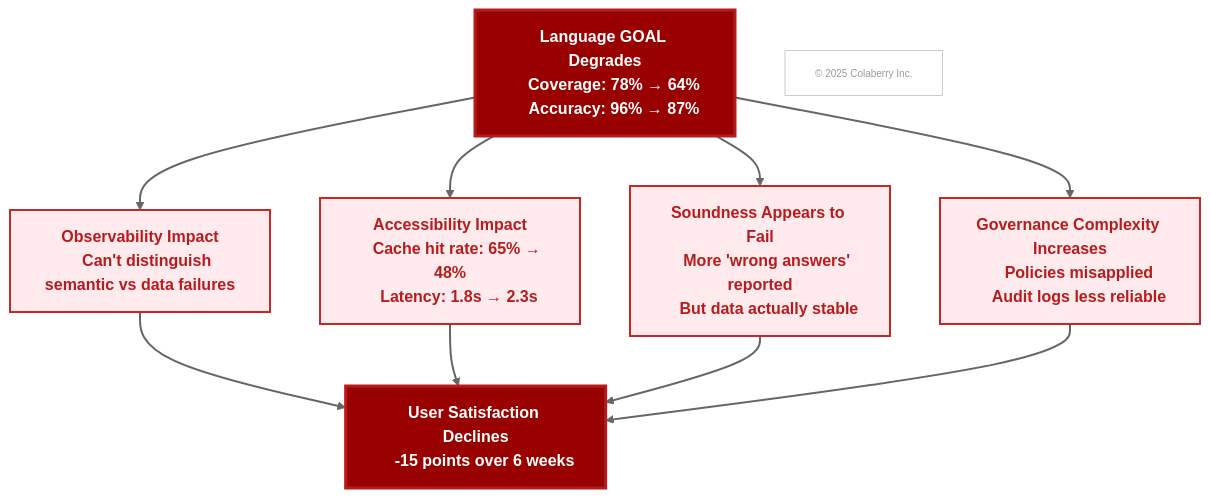
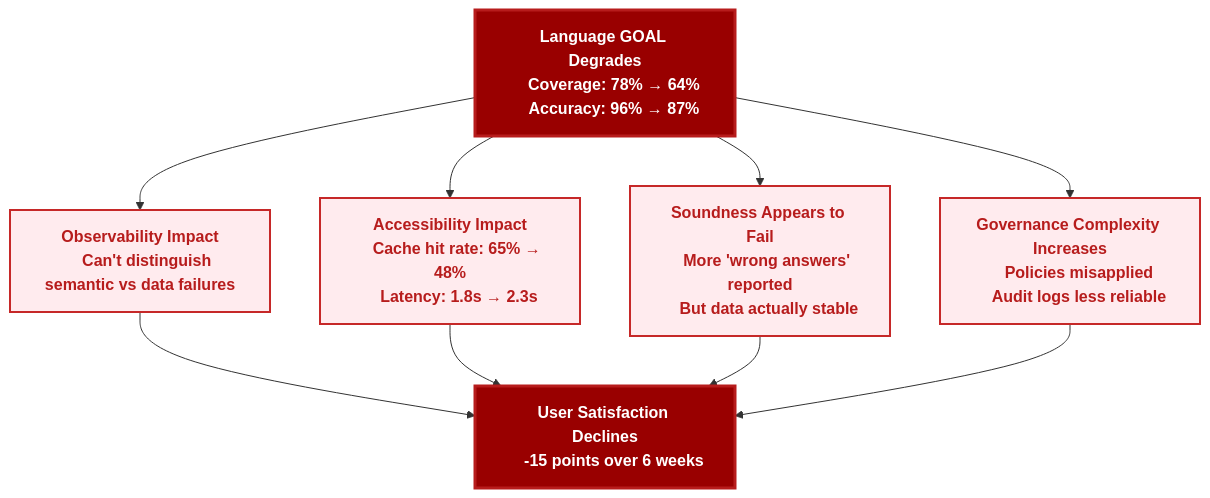
Before and after one commit to colaberry/enterprise-data-readiness-ai-agents: the eighth of 11 diagrams in chapter-02/chapter_2_complete.md, drawn with Mermaid. The commit also changed other lines of this file, not shown here.

First line of the commit message:
link styles removed

````diff
--- a/chapter-02/chapter_2_complete.md
+++ b/chapter-02/chapter_2_complete.md
@@ -1532,41 +1441,29 @@
 ```mermaid
 graph TD
     A["<b>Language GOAL Degrades
     Coverage: 78% → 64%
     Accuracy: 96% → 87%</b>"] --> B["<b>Observability Impact
     Can't distinguish semantic vs data failures</b>"]
     A --> C["<b>Accessibility Impact
     Cache hit rate: 65% → 48%
     Latency: 1.8s → 2.3s</b>"]
     A --> D["<b>Soundness Appears to Fail
     More 'wrong answers' reported
     But data actually stable</b>"]
     A --> E["<b>Governance Complexity Increases
     Policies misapplied
     Audit logs less reliable</b>"]
     
     B --> F["<b>User Satisfaction Declines
     -15 points over 6 weeks</b>"]
     C --> F
     D --> F
     E --> F
     
     style A fill:#990000,color:#ffffff,stroke:#b71c1c,stroke-width:3px
     style B fill:#ffebee,stroke:#c62828,stroke-width:2px,color:#b71c1c
     style C fill:#ffebee,stroke:#c62828,stroke-width:2px,color:#b71c1c
     style D fill:#ffebee,stroke:#c62828,stroke-width:2px,color:#b71c1c
     style E fill:#ffebee,stroke:#c62828,stroke-width:2px,color:#b71c1c
     style F fill:#990000,color:#ffffff,stroke:#b71c1c,stroke-width:3px
-    
-    COPYRIGHT["© 2025 Colaberry Inc."]
-    style COPYRIGHT fill:#ffffff,stroke:#cccccc,stroke-width:1px,color:#999999,font-size:10px
-
-    linkStyle 0 stroke:#666666,stroke-width:2px
-    linkStyle 1 stroke:#666666,stroke-width:2px
-    linkStyle 2 stroke:#666666,stroke-width:2px
-    linkStyle 3 stroke:#666666,stroke-width:2px
-    linkStyle 4 stroke:#666666,stroke-width:2px
-    linkStyle 5 stroke:#666666,stroke-width:2px
-    linkStyle 6 stroke:#666666,stroke-width:2px
-    linkStyle 7 stroke:#666666,stroke-width:2px
 ```
````
